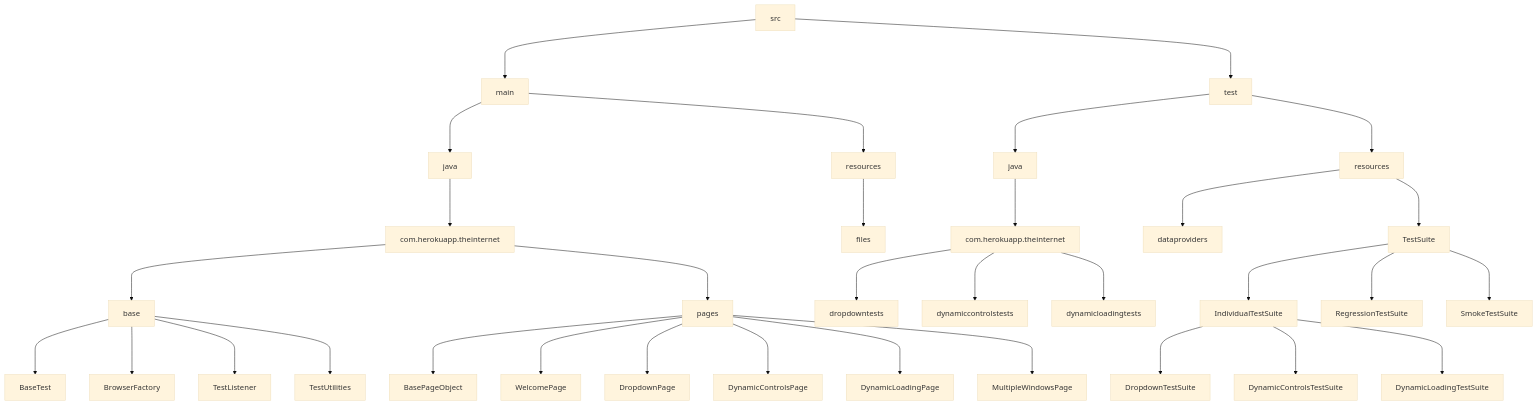
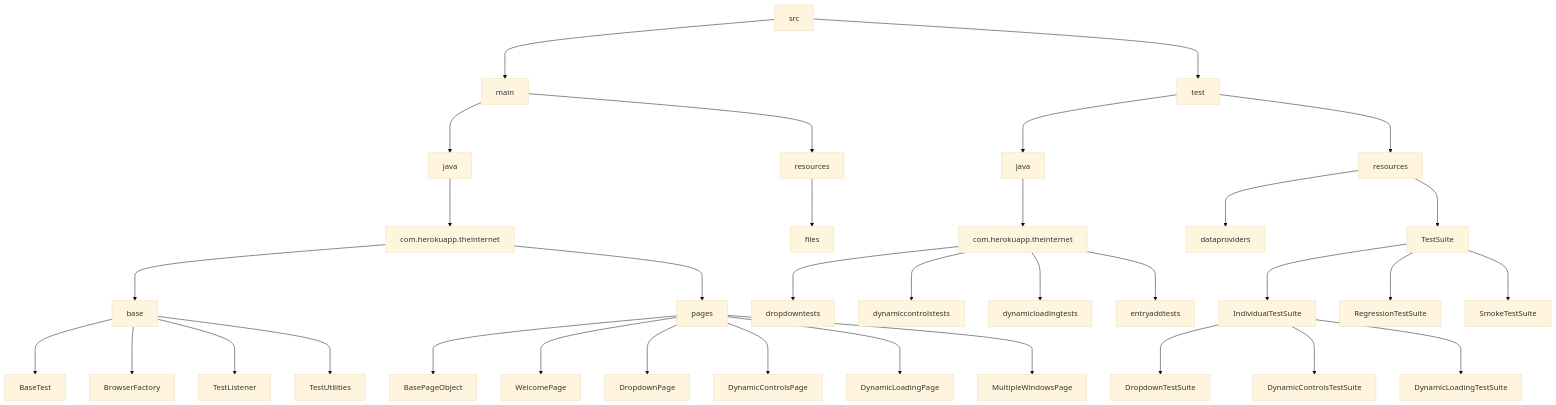
Before and after one commit to ArielBandeira/testing-project-theinternet: the diagram in README.md, drawn with Mermaid (base theme). The commit also changed other lines of this file, not shown here.

````diff
--- a/README.md
+++ b/README.md
@@ -47,35 +48,36 @@
 ```mermaid
 graph
 1[src] ---> 2[main]
 1[src] ---> 3[test]
 2[main] ---> 4[java]
 2[main] ---> 5[resources]
-5[resources] ---> 36[files]
+5[resources] ---> 37[files]
 3[test] ---> 6[java]
 3[test] ---> 7[resources]
 4[java] ---> 8[com.herokuapp.theinternet]
 8[com.herokuapp.theinternet] ---> 9[base]
 8[com.herokuapp.theinternet] ---> 10[pages]
 9[base] ---> 11[BaseTest]
 9[base] ---> 12[BrowserFactory]
 9[base] ---> 13[TestListener]
 9[base] ---> 14[TestUtilities]
 10[pages] ---> 15[BasePageObject]
 10[pages] ---> 16[WelcomePage]
 10[pages] ---> 18[DropdownPage]
 10[pages] ---> 19[DynamicControlsPage]
 10[pages] ---> 20[DynamicLoadingPage]
 10[pages] ---> 21[MultipleWindowsPage]
 6[java] ---> 22[com.herokuapp.theinternet]
 22[com.herokuapp.theinternet] ---> 23[dropdowntests]
 22[com.herokuapp.theinternet] ---> 24[dynamiccontrolstests]
 22[com.herokuapp.theinternet] ---> 25[dynamicloadingtests]
-7[resources] ---> 26[dataproviders]
-7[resources] ---> 27[TestSuite]
-27[TestSuite] ---> 28[IndividualTestSuite]
-28[IndividualTestSuite] ---> 31[DropdownTestSuite]
-28[IndividualTestSuite] ---> 32[DynamicControlsTestSuite]
-28[IndividualTestSuite] ---> 33[DynamicLoadingTestSuite]
-27[TestSuite] ---> 34[RegressionTestSuite]
-27[TestSuite] ---> 35[SmokeTestSuite]
+22[com.herokuapp.theinternet] ---> 26[entryaddtests]
+7[resources] ---> 27[dataproviders]
+7[resources] ---> 28[TestSuite]
+28[TestSuite] ---> 29[IndividualTestSuite]
+29[IndividualTestSuite] ---> 32[DropdownTestSuite]
+29[IndividualTestSuite] ---> 33[DynamicControlsTestSuite]
+29[IndividualTestSuite] ---> 34[DynamicLoadingTestSuite]
+28[TestSuite] ---> 35[RegressionTestSuite]
+28[TestSuite] ---> 36[SmokeTestSuite]
 ```
````
